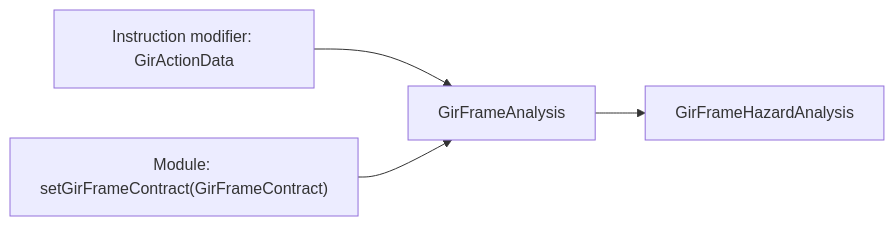
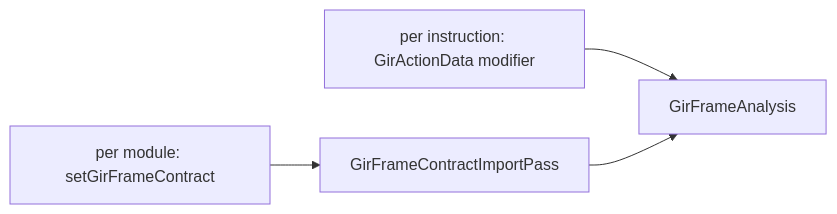
Before and after one commit to chengchingwen/rocm-libraries: the diagram in shared/stinkytofu/docs/developer/gir-frame-contract.md, drawn with Mermaid. The commit also changed other lines of this file, not shown here.

First line of the commit message:
docs: split the frame contract into what is set and what is derived

````diff
--- a/shared/stinkytofu/docs/developer/gir-frame-contract.md
+++ b/shared/stinkytofu/docs/developer/gir-frame-contract.md
@@ -29,6 +38,5 @@
 ```mermaid
 flowchart LR
-  a["Instruction modifier: GirActionData"] --> an["GirFrameAnalysis"]
-  b["Module: setGirFrameContract(GirFrameContract)"] --> an
-  an --> h["GirFrameHazardAnalysis"]
+  a["per instruction: GirActionData modifier"] --> an["GirFrameAnalysis"]
+  b["per module: setGirFrameContract"] --> imp["GirFrameContractImportPass"] --> an
 ```
````
